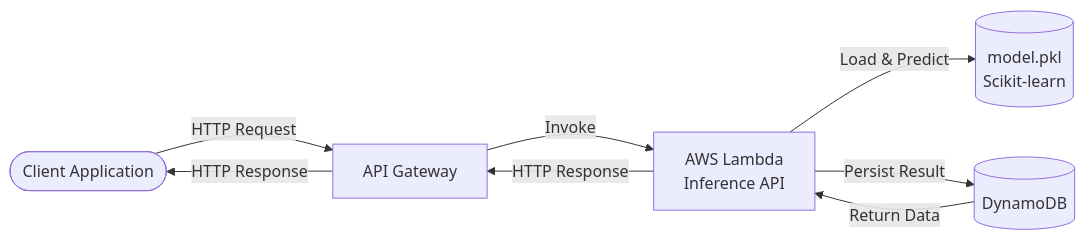
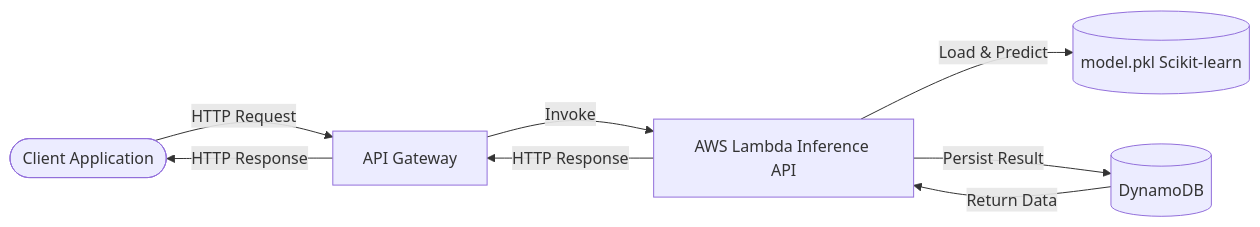
The first of 3 diagrams in README.md (sophie-pyxis/mlops_engineer_test_01), drawn with Mermaid before and after one commit. The commit also changed other lines of this file, not shown here.

Commit message:
fix: Implementará correção na sintaxe e correção de estrutura de pastas, no README

````diff
--- a/README.md
+++ b/README.md
@@ -9,16 +9,16 @@
 ```mermaid
 flowchart LR
     Client([Client Application])
     APIGW[API Gateway]
-    Lambda[AWS Lambda\nInference API]
-    Model[(model.pkl\nScikit-learn)]
+    Lambda[AWS Lambda Inference API]
+    Model[(model.pkl Scikit-learn)]
     Dynamo[(DynamoDB)]
 
     Client -->|HTTP Request| APIGW
     APIGW -->|Invoke| Lambda
     Lambda -->|Load & Predict| Model
     Lambda -->|Persist Result| Dynamo
     Dynamo -->|Return Data| Lambda
     Lambda -->|HTTP Response| APIGW
     APIGW -->|HTTP Response| Client
 ```
````
